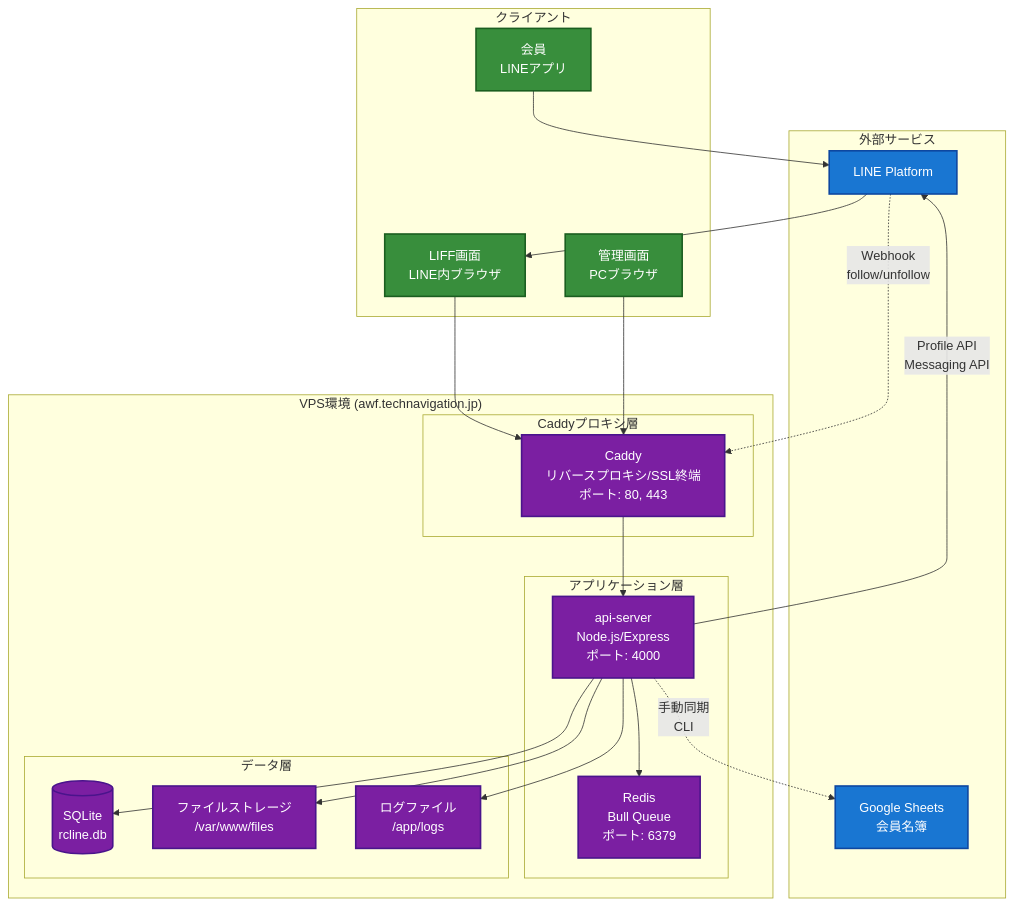
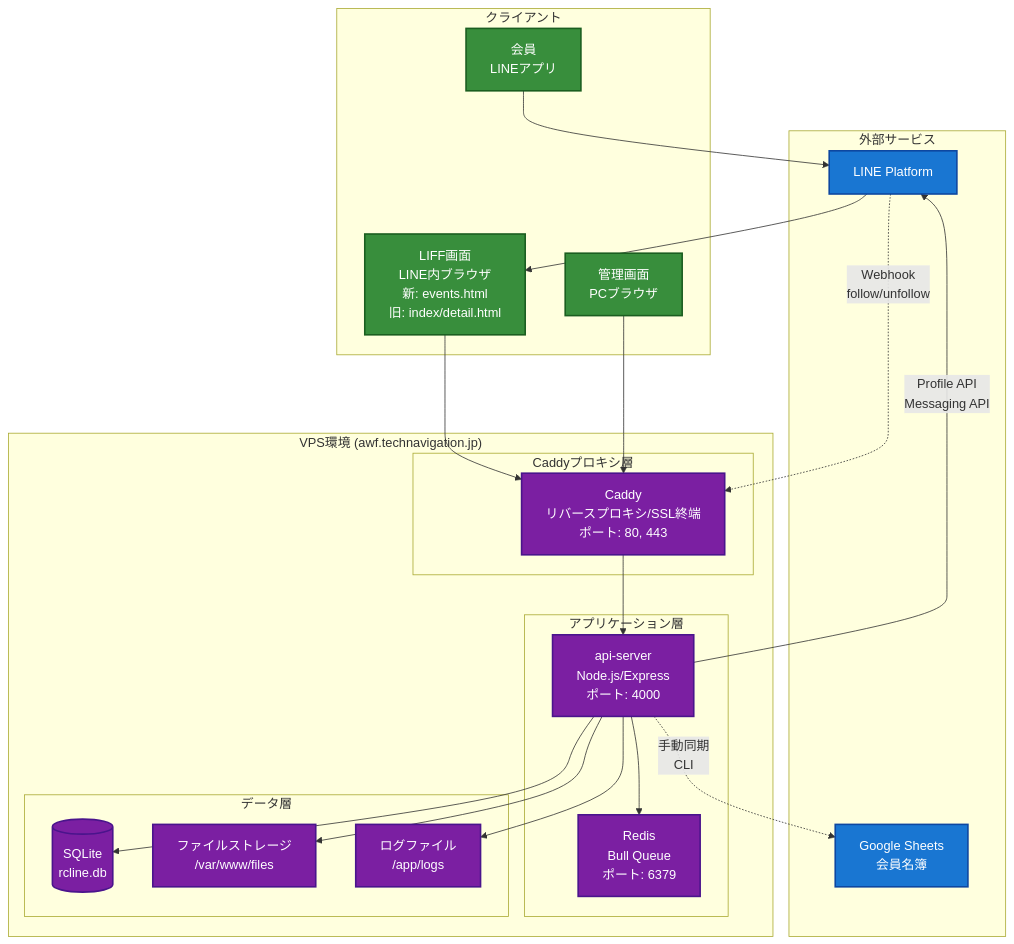
Before and after one commit to hanaki-tn/rcline: the first of 10 diagrams in docs/100_設計/132_外部連携図.md, drawn with Mermaid. The commit also changed other lines of this file and 10 other files, not shown here.

````diff
--- a/docs/100_設計/132_外部連携図.md
+++ b/docs/100_設計/132_外部連携図.md
@@ -5,57 +7,57 @@
 ```mermaid
 graph TB
     subgraph "外部サービス"
         LINE[LINE Platform]
         SHEETS[Google Sheets<br/>会員名簿]
     end
     
     subgraph "VPS環境 (awf.technavigation.jp)"
         subgraph "Caddyプロキシ層"
             CADDY[Caddy<br/>リバースプロキシ/SSL終端<br/>ポート: 80, 443]
         end
         
         subgraph "アプリケーション層"
             API[api-server<br/>Node.js/Express<br/>ポート: 4000]
             REDIS[Redis<br/>Bull Queue<br/>ポート: 6379]
         end
         
         subgraph "データ層"
             DB[(SQLite<br/>rcline.db)]
             FILES["ファイルストレージ<br/>/var/www/files"]
             LOGS["ログファイル<br/>/app/logs"]
         end
     end
     
     subgraph "クライアント"
         ADMIN[管理画面<br/>PCブラウザ]
-        LIFF[LIFF画面<br/>LINE内ブラウザ]
+        LIFF[LIFF画面<br/>LINE内ブラウザ<br/>新: events.html<br/>旧: index/detail.html]
         USER[会員<br/>LINEアプリ]
     end
     
     %% 外部連携
     LINE -.->|Webhook<br/>follow/unfollow| CADDY
     API -->|Profile API<br/>Messaging API| LINE
     API -.->|手動同期<br/>CLI| SHEETS
     
     %% 内部連携
     CADDY --> API
     API --> REDIS
     API --> DB
     API --> FILES
     API --> LOGS
     
     %% クライアント連携
     ADMIN --> CADDY
     USER --> LINE
     LINE --> LIFF
     LIFF --> CADDY
     
     %% スタイル
     classDef external fill:#1976d2,stroke:#0d47a1,stroke-width:2px,color:#ffffff
     classDef internal fill:#7b1fa2,stroke:#4a148c,stroke-width:2px,color:#ffffff
     classDef client fill:#388e3c,stroke:#1b5e20,stroke-width:2px,color:#ffffff
     
     class LINE,SHEETS external
     class CADDY,API,REDIS,DB,FILES,LOGS internal
     class ADMIN,LIFF,USER client
 ```
````
